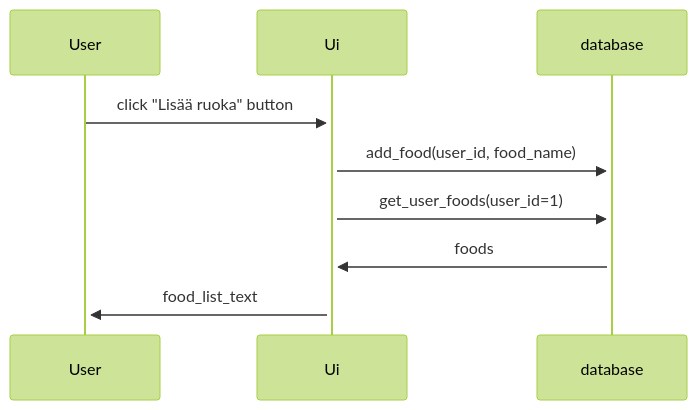
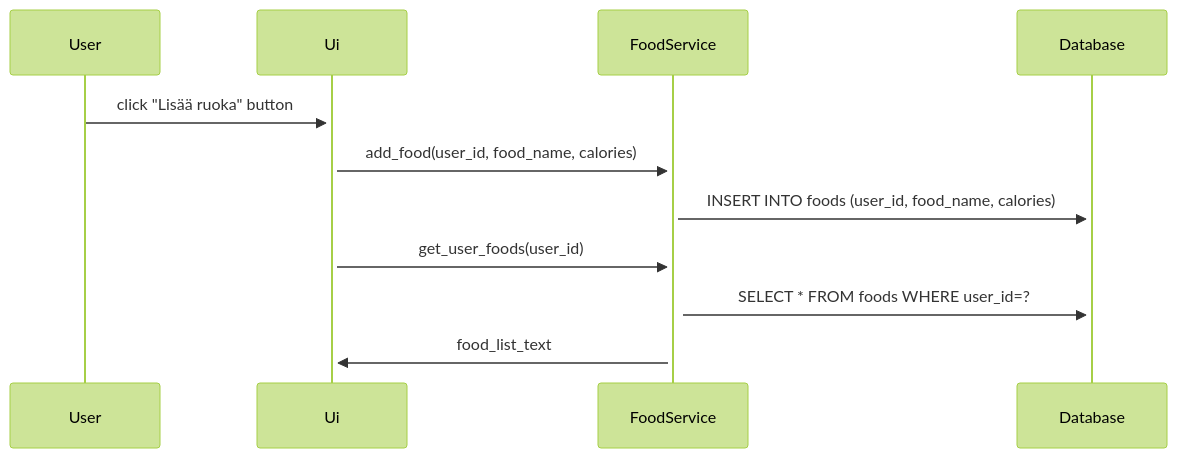
The second of 2 diagrams in dokumentaatio/arkkitehtuuri.md (TerhiRoksa/ot-harjoitustyo), drawn with Mermaid (forest theme) before and after one commit.

````diff
--- a/dokumentaatio/arkkitehtuuri.md
+++ b/dokumentaatio/arkkitehtuuri.md
@@ -29,12 +29,14 @@
 ```mermaid
 sequenceDiagram
   participant User
   participant Ui
-  participant database
+  participant FoodService
+  participant Database
   
   User ->> +Ui: click "Lisää ruoka" button
-  Ui ->> +database: add_food(user_id, food_name)
-  Ui ->> +database: get_user_foods(user_id=1)
-  database ->> +Ui: foods
-  Ui ->> +User: food_list_text
+  Ui ->> +FoodService: add_food(user_id, food_name, calories)
+  FoodService ->> +Database: INSERT INTO foods (user_id, food_name, calories)
+  Ui ->> +FoodService: get_user_foods(user_id)
+  FoodService ->> +Database: SELECT * FROM foods WHERE user_id=?
+  FoodService ->> +Ui: food_list_text
 ```
````
